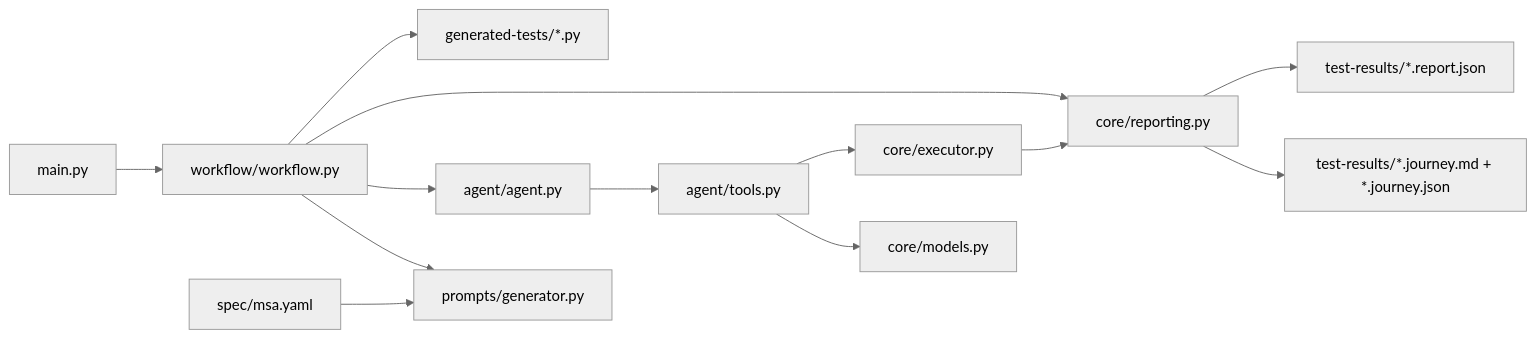
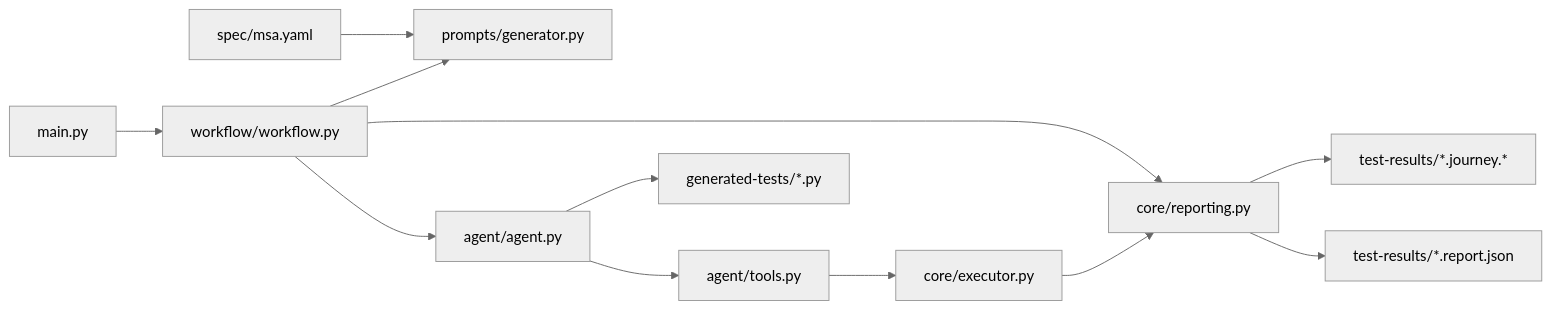
One commit to elenaovv/microservice-testing-agent changed the diagram in docs/python_architecture_baseline.md. Above: the diagram before and after it, drawn with Mermaid (neutral theme). The commit also changed other lines of this file and 18 other files, not shown here.

````diff
--- a/docs/python_architecture_baseline.md
+++ b/docs/python_architecture_baseline.md
@@ -15,28 +18,26 @@
 ```mermaid
 flowchart LR
     CLI["main.py"]
     WF["workflow/workflow.py"]
     PROMPTS["prompts/generator.py"]
     AGENT["agent/agent.py"]
     TOOLS["agent/tools.py"]
-    MODELS["core/models.py"]
     EXEC["core/executor.py"]
     REPORT["core/reporting.py"]
     SPEC["spec/msa.yaml"]
-    GUIDE["test-results/*.journey.md + *.journey.json"]
     TEST["generated-tests/*.py"]
-    RESULT["test-results/*.report.json"]
+    JOURNEY["test-results/*.journey.*"]
+    RUN_REPORT["test-results/*.report.json"]
 
     CLI --> WF
     SPEC --> PROMPTS
     WF --> PROMPTS
     WF --> AGENT
     AGENT --> TOOLS
-    TOOLS --> MODELS
+    TOOLS --> EXEC
     WF --> REPORT
-    REPORT --> GUIDE
-    WF --> TEST
-    TOOLS --> EXEC
+    REPORT --> JOURNEY
+    AGENT --> TEST
     EXEC --> REPORT
-    REPORT --> RESULT
+    REPORT --> RUN_REPORT
 ```
````
